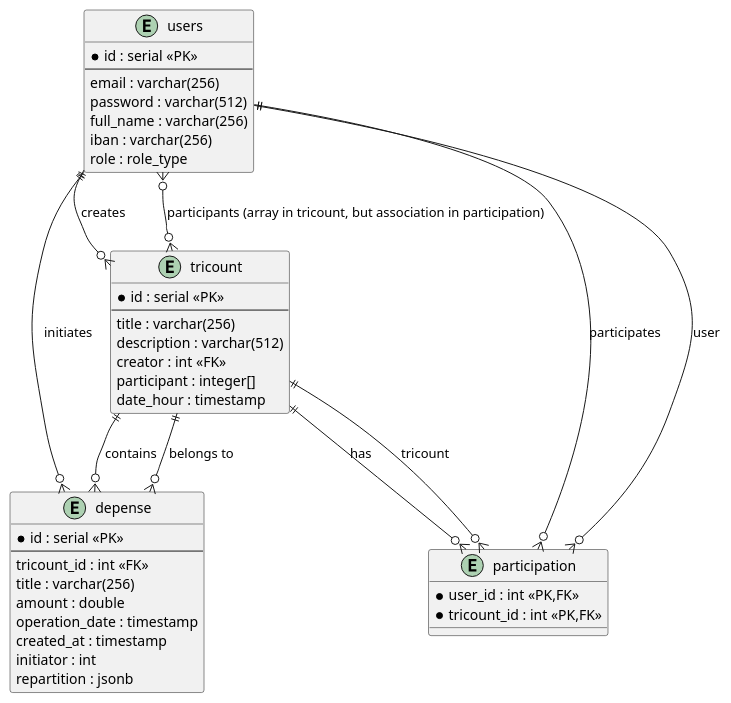
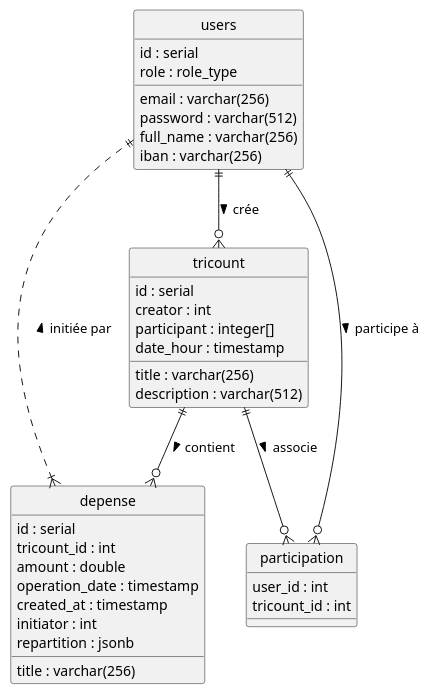
Before and after one commit to mohamedHajioui/Tricount: the diagram in backend/db_schema.puml, drawn with PlantUML.

Commit message:
fix(shecma_db): correction

```diff
--- a/backend/db_schema.puml
+++ b/backend/db_schema.puml
@@ -1,53 +1,46 @@
 @startuml
+hide circle
+skinparam classAttributeIconSize 0
 
-entity users {
-  * id : serial <<PK>>
-  --
-  email : varchar(256)
-  password : varchar(512)
-  full_name : varchar(256)
-  iban : varchar(256)
-  role : role_type
+entity "users" as users {
+    id : serial
+    email : varchar(256)
+    password : varchar(512)
+    full_name : varchar(256)
+    iban : varchar(256)
+    role : role_type
 }
 
-entity tricount {
-  * id : serial <<PK>>
-  --
-  title : varchar(256)
-  description : varchar(512)
-  creator : int <<FK>>
-  participant : integer[]
-  date_hour : timestamp
+entity "tricount" as tricount {
+    id : serial
+    title : varchar(256)
+    description : varchar(512)
+    creator : int
+    participant : integer[]
+    date_hour : timestamp
 }
 
-entity depense {
-  * id : serial <<PK>>
-  --
-  tricount_id : int <<FK>>
-  title : varchar(256)
-  amount : double
-  operation_date : timestamp
-  created_at : timestamp
-  initiator : int
-  repartition : jsonb
+entity "depense" as depense {
+    id : serial
+    tricount_id : int
+    title : varchar(256)
+    amount : double
+    operation_date : timestamp
+    created_at : timestamp
+    initiator : int
+    repartition : jsonb
 }
 
-entity participation {
-  * user_id : int <<PK,FK>>
-  * tricount_id : int <<PK,FK>>
+entity "participation" as participation {
+    user_id : int
+    tricount_id : int
 }
 
-' ----- Associations -----
-users ||--o{ tricount : creates
-users ||--o{ participation : participates
-users ||--o{ depense : initiates
 
-tricount ||--o{ depense : contains
-tricount ||--o{ participation : has
-tricount }o--o{ users : participants (array in tricount, but association in participation)
-depense }o--|| tricount : belongs to
-
-participation }o--|| users : "user"
-participation }o--|| tricount : "tricount"
+users ||--o{ tricount : "crée >"
+tricount ||--o{ depense : "contient >"
+tricount ||--o{ participation : "associe >"
+users ||--o{ participation : "participe à >"
+depense }|..|| users : "initiée par >"
 
 @enduml
```
